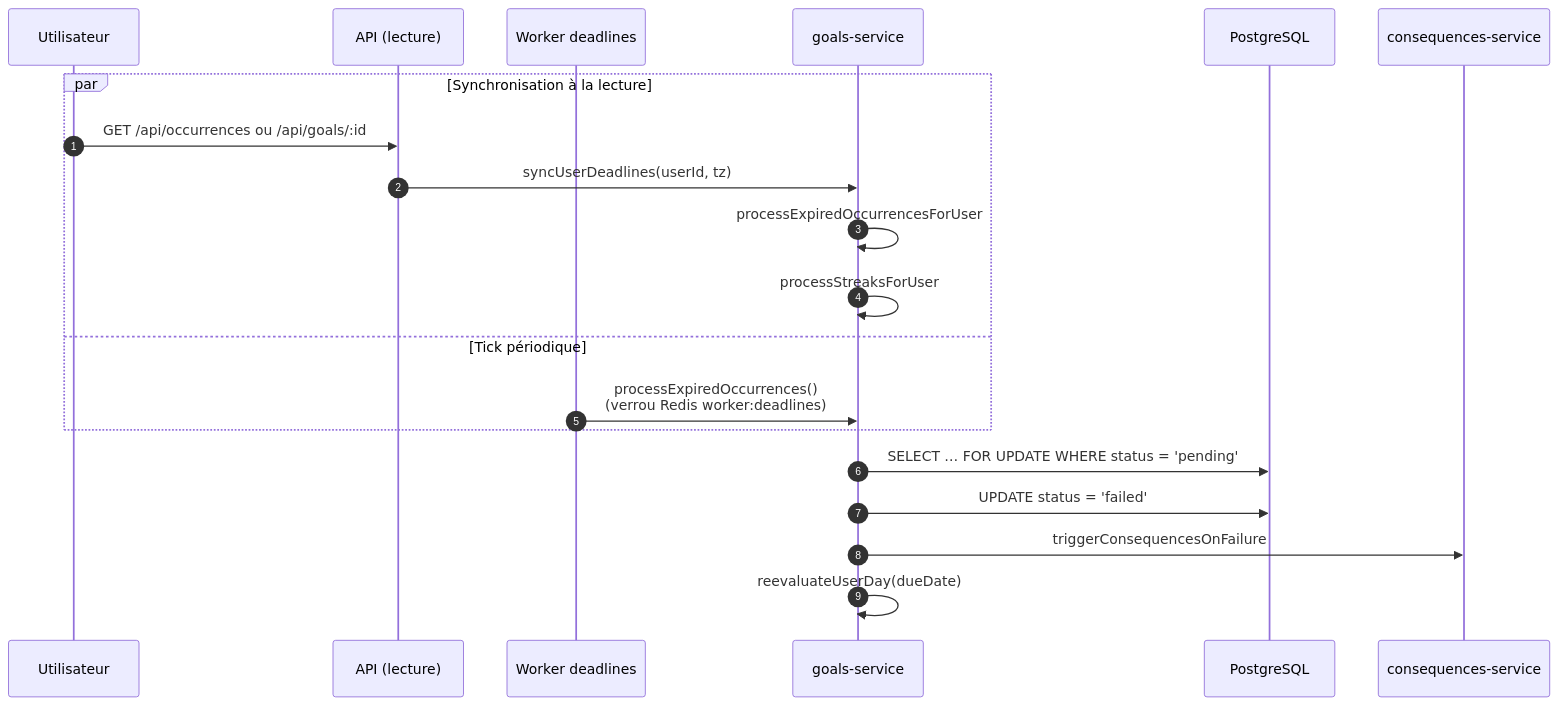
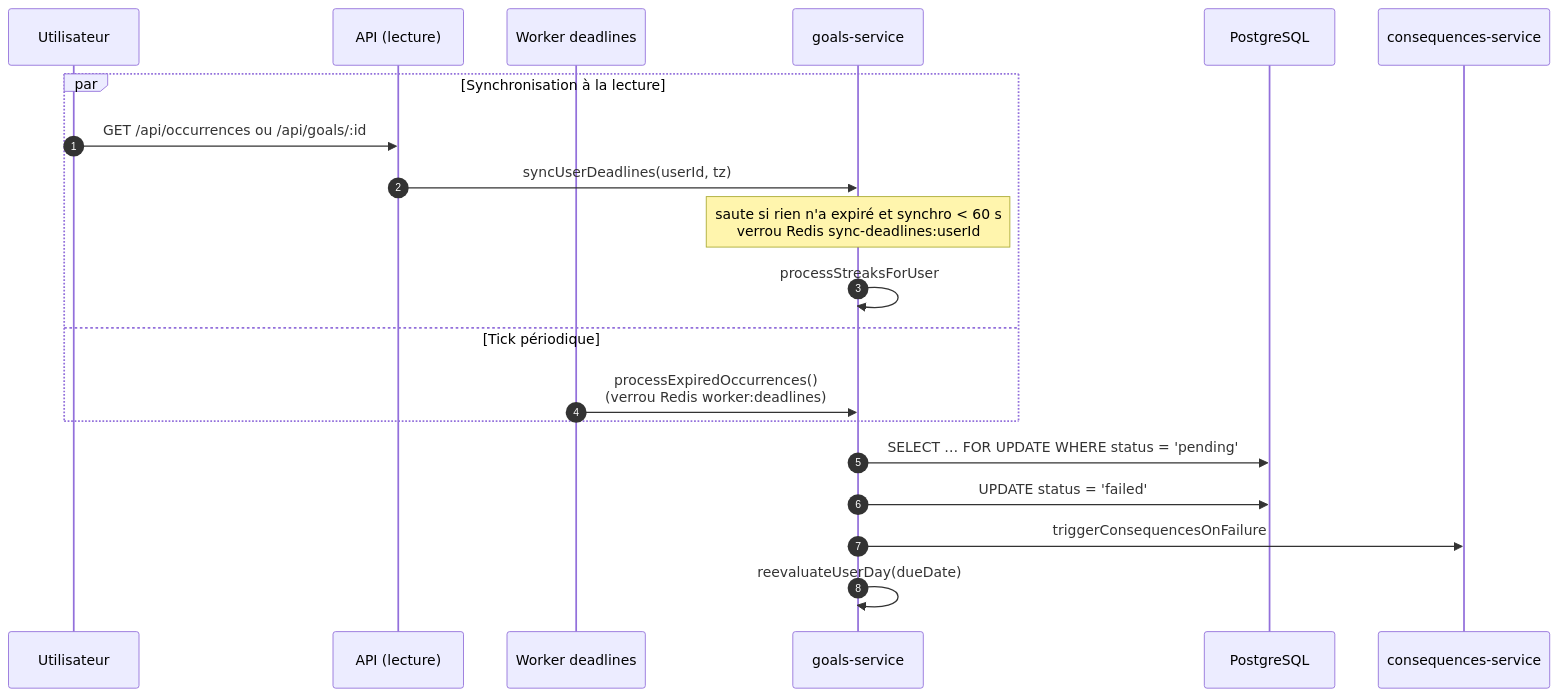
The third of 5 diagrams in docs/architecture.md (mickaelrebeau/Focus), drawn with Mermaid before and after one commit. The commit also changed other lines of this file and 4 other files, not shown here.

First line of the commit message:
Limite la fréquence de syncUserDeadlines sur les lectures API.

````diff
--- a/docs/architecture.md
+++ b/docs/architecture.md
@@ -97,24 +97,24 @@
 ```mermaid
 sequenceDiagram
   autonumber
   participant U as Utilisateur
   participant API as API (lecture)
   participant W as Worker deadlines
   participant GS as goals-service
   participant DB as PostgreSQL
   participant CS as consequences-service
 
   par Synchronisation à la lecture
     U->>API: GET /api/occurrences ou /api/goals/:id
     API->>GS: syncUserDeadlines(userId, tz)
-    GS->>GS: processExpiredOccurrencesForUser
+    Note over GS: saute si rien n'a expiré et synchro < 60 s<br/>verrou Redis sync-deadlines:userId
     GS->>GS: processStreaksForUser
   and Tick périodique
     W->>GS: processExpiredOccurrences()<br/>(verrou Redis worker:deadlines)
   end
 
   GS->>DB: SELECT … FOR UPDATE WHERE status = 'pending'
   GS->>DB: UPDATE status = 'failed'
   GS->>CS: triggerConsequencesOnFailure
   GS->>GS: reevaluateUserDay(dueDate)
 ```
````
